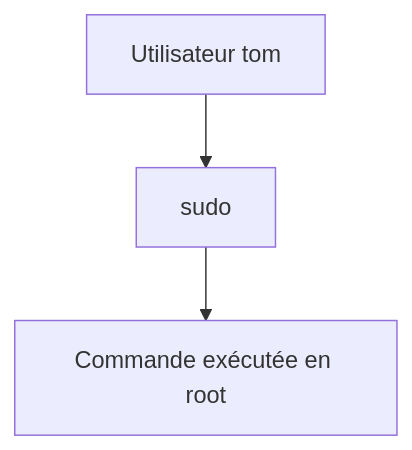
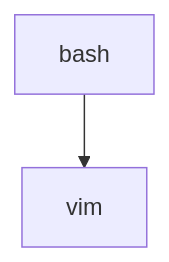
The eighth of 16 diagrams in campagne 1/1.3.md (tdelaclos/formations), drawn with Mermaid before and after one commit. The commit also changed other lines of this file, not shown here.

````diff
--- a/campagne 1/1.3.md
+++ b/campagne 1/1.3.md
@@ -490,12 +455,9 @@
 ```mermaid
 flowchart TD
 
-A["Utilisateur tom"]
+A["bash"]
 
-B["sudo"]
-
-C["Commande exécutée en root"]
+B["vim"]
 
 A --> B
-B --> C
 ```
````
